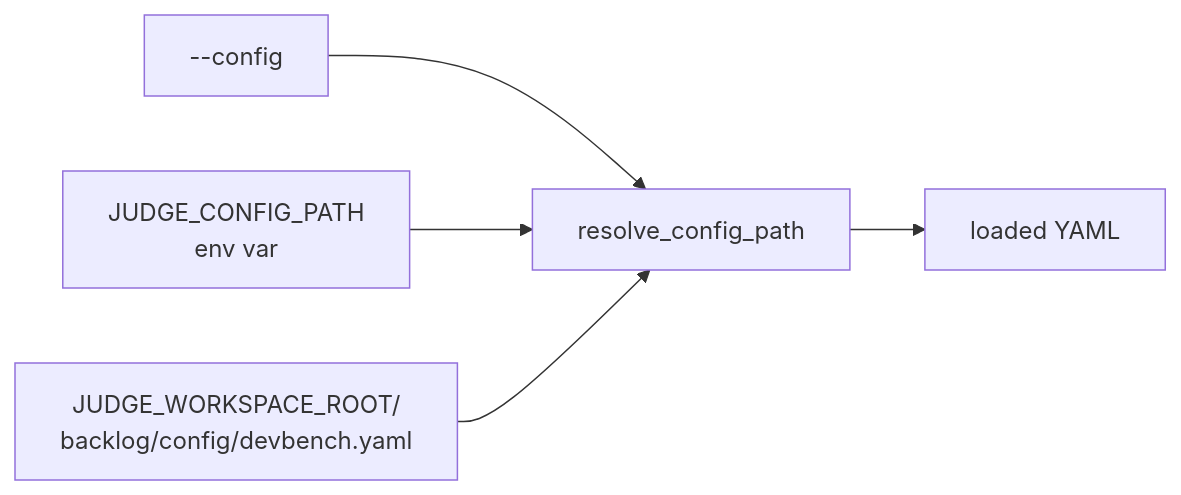
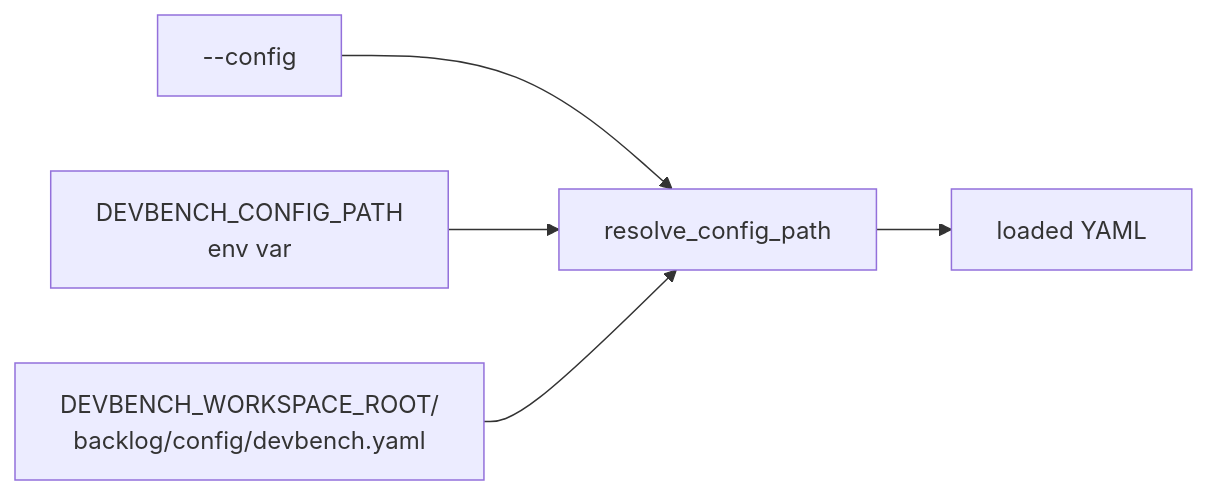
The sixth of 6 diagrams in docs/architecture.md (caylent-solutions/devbench), drawn with Mermaid before and after one commit. The commit also changed other lines of this file and 234 other files, not shown here.

````diff
--- a/docs/architecture.md
+++ b/docs/architecture.md
@@ -448,7 +449,7 @@
 ```mermaid
 graph LR
   CLI["--config <path><br/>CLI flag"] --> Resolve[resolve_config_path]
-  Env["JUDGE_CONFIG_PATH<br/>env var"] --> Resolve
-  Default["JUDGE_WORKSPACE_ROOT/<br/>backlog/config/devbench.yaml"] --> Resolve
+  Env["DEVBENCH_CONFIG_PATH<br/>env var"] --> Resolve
+  Default["DEVBENCH_WORKSPACE_ROOT/<br/>backlog/config/devbench.yaml"] --> Resolve
   Resolve --> YAML[loaded YAML]
 ```
````
